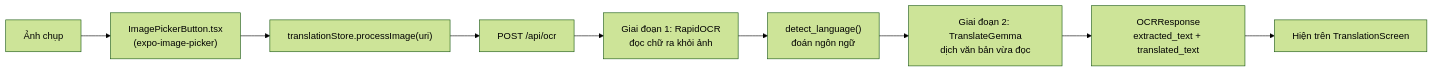
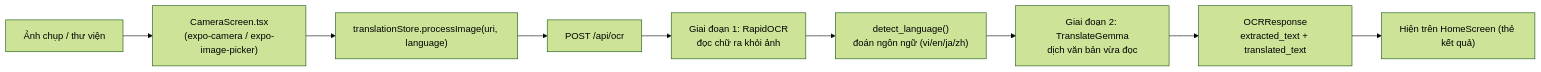
The seventh of 13 diagrams in giai_thich.md (csc10014-team07/Translation-App), drawn with Mermaid (forest theme) before and after one commit. The commit also changed other lines of this file and 1 other file, not shown here.

````diff
--- a/giai_thich.md
+++ b/giai_thich.md
@@ -289,11 +396,11 @@
 ```mermaid
 flowchart LR
-    A["Ảnh chụp"] --> B["ImagePickerButton.tsx<br/>(expo-image-picker)"]
-    B --> C["translationStore.processImage(uri)"]
+    A["Ảnh chụp / thư viện"] --> B["CameraScreen.tsx<br/>(expo-camera / expo-image-picker)"]
+    B --> C["translationStore.processImage(uri, language)"]
     C --> D["POST /api/ocr"]
     D --> E["Giai đoạn 1: RapidOCR<br/>đọc chữ ra khỏi ảnh"]
-    E --> F["detect_language()<br/>đoán ngôn ngữ"]
+    E --> F["detect_language()<br/>đoán ngôn ngữ (vi/en/ja/zh)"]
     F --> G["Giai đoạn 2: TranslateGemma<br/>dịch văn bản vừa đọc"]
     G --> H["OCRResponse<br/>extracted_text + translated_text"]
-    H --> I["Hiện trên TranslationScreen"]
+    H --> I["Hiện trên HomeScreen (thẻ kết quả)"]
 ```
````
